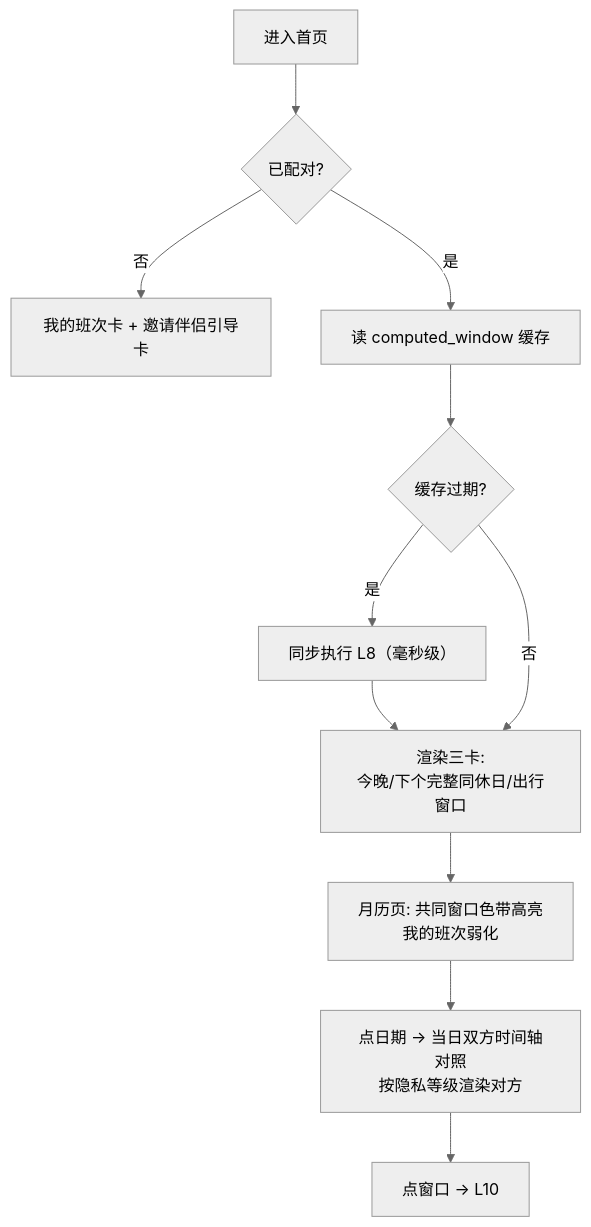
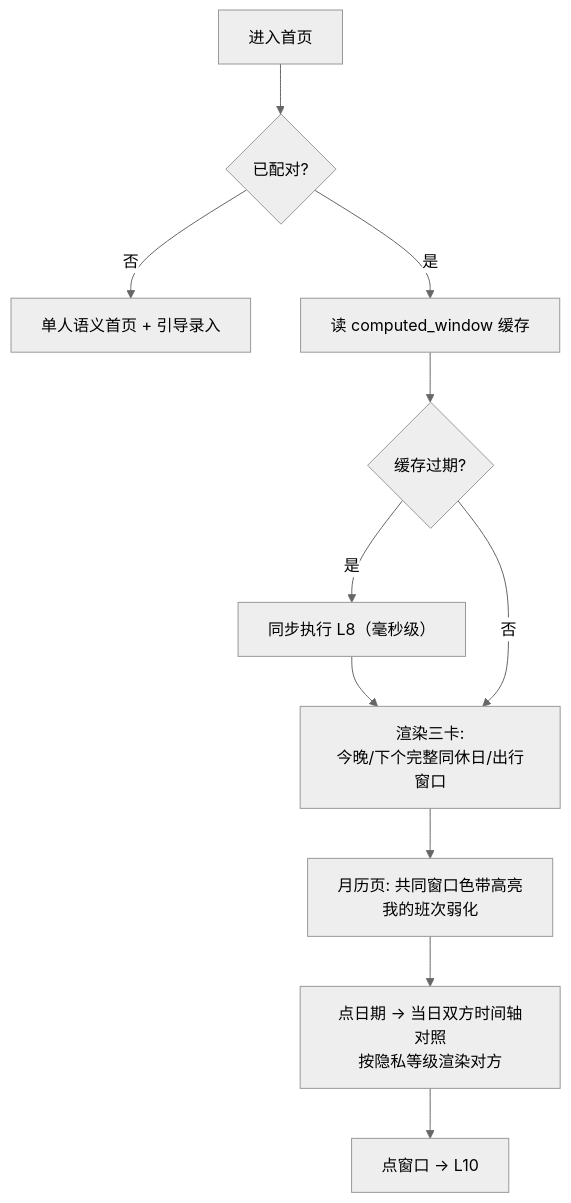
One commit to Shen-Yuuu/CommonRestday changed the tenth of 14 diagrams in docs/03-功能链路设计.md. Above: the diagram before and after it, drawn with Mermaid (neutral theme). The commit also changed other lines of this file and 9 other files, not shown here.

````diff
--- a/docs/03-功能链路设计.md
+++ b/docs/03-功能链路设计.md
@@ -186,12 +192,12 @@
 ```mermaid
 flowchart TD
     A[进入首页] --> B{已配对?}
-    B -- 否 --> C[我的班次卡 + 邀请伴侣引导卡]
+    B -- 否 --> C[单人语义首页 + 引导录入]
     B -- 是 --> D[读 computed_window 缓存]
     D --> E{缓存过期?}
     E -- 是 --> F[同步执行 L8（毫秒级）] --> G
     E -- 否 --> G[渲染三卡:\n今晚/下个完整同休日/出行窗口]
     G --> H[月历页: 共同窗口色带高亮\n我的班次弱化]
     H --> I[点日期 → 当日双方时间轴对照\n按隐私等级渲染对方]
     I --> J[点窗口 → L10]
 ```
````
